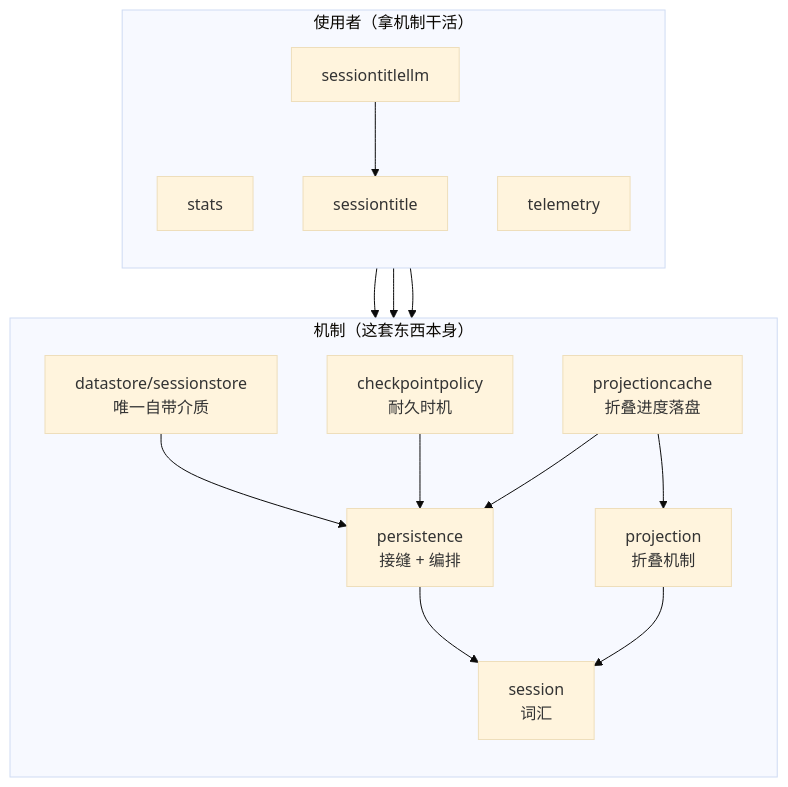
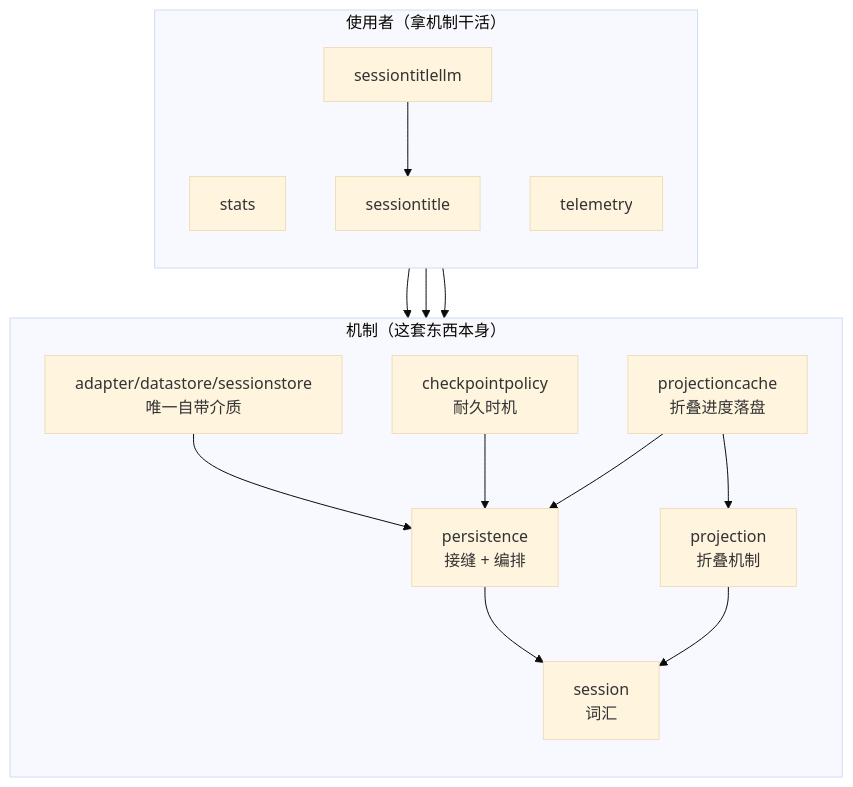
One commit to snight1983/ds-harness-go changed the fifth of 13 diagrams in docs/modules/session-tree.md. Above: the diagram before and after it, drawn with Mermaid (base theme). The commit also changed other lines of this file and 1281 other files, not shown here.

````diff
--- a/docs/modules/session-tree.md
+++ b/docs/modules/session-tree.md
@@ -218,31 +218,31 @@
 ```mermaid
 flowchart TB
     subgraph mech["机制（这套东西本身）"]
         direction TB
         V["session<br/>词汇"]
         PE["persistence<br/>接缝 + 编排"]
-        PG2["datastore/sessionstore<br/>唯一自带介质"]
+        PG2["adapter/datastore/sessionstore<br/>唯一自带介质"]
         CP["checkpointpolicy<br/>耐久时机"]
         PJ["projection<br/>折叠机制"]
         PC["projectioncache<br/>折叠进度落盘"]
     end
 
     subgraph use["使用者（拿机制干活）"]
         direction TB
         ST["stats"]
         TI["sessiontitle"]
         TL["sessiontitlellm"]
         TE["telemetry"]
     end
 
     PE --> V
     PG2 --> PE
     CP --> PE
     PJ --> V
     PC --> PJ
     PC --> PE
     ST --> PJ
     TI --> PJ
     TL --> TI
     TE --> PJ
 ```
````
